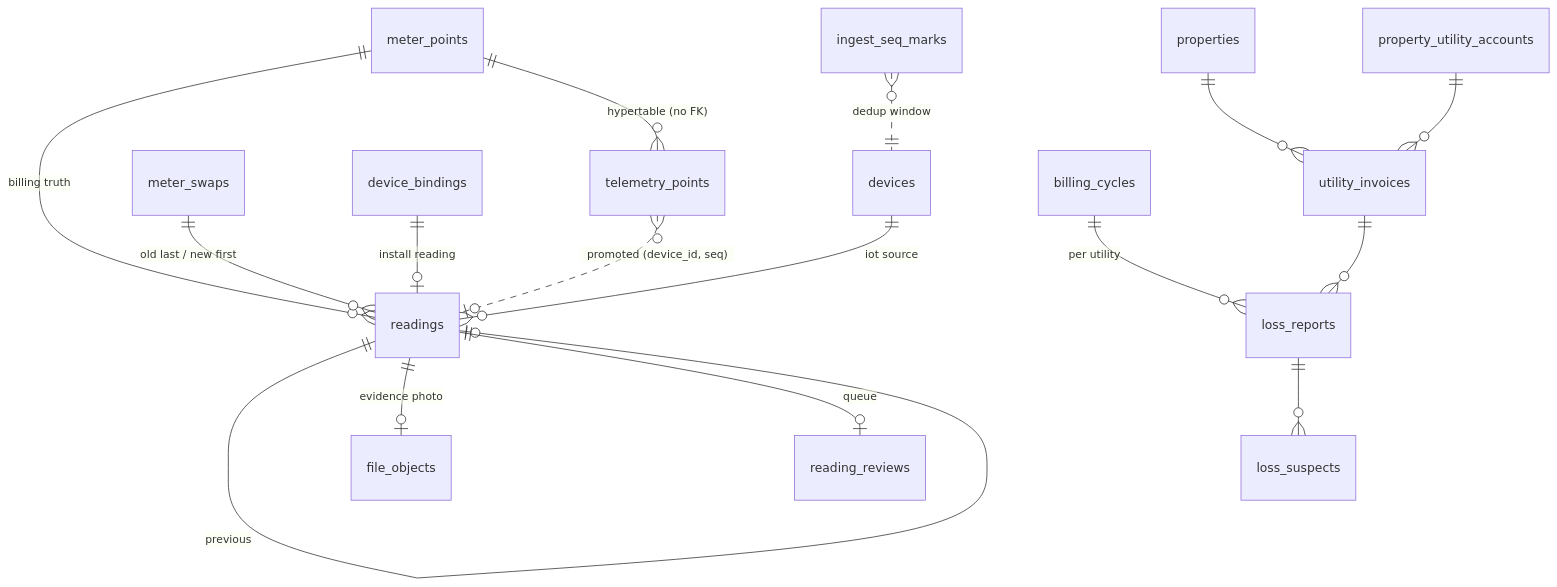
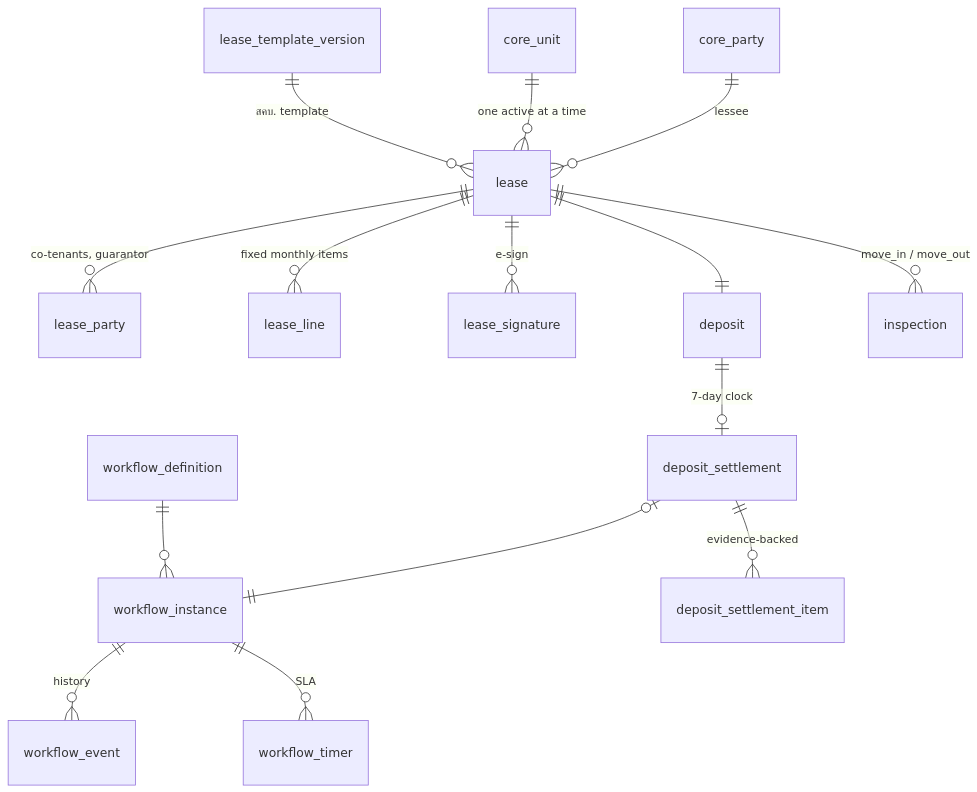
One commit to Collective-Group-Thailand/getproperty-api changed the seventh of 13 diagrams in docs/schema-design.md. Above: the diagram before and after it, drawn with Mermaid. The commit also changed other lines of this file, not shown here.

First line of the commit message:
docs(schema): schema design v2 — neutral asset core, six schemas, RLS (D-150–D-161)

````diff
--- a/docs/schema-design.md
+++ b/docs/schema-design.md
@@ -1142,18 +1200,17 @@
 ```mermaid
 erDiagram
-  meter_points ||--o{ readings : "billing truth"
-  devices ||--o{ readings : "iot source"
-  readings ||--o| readings : "previous"
-  readings ||--o| file_objects : "evidence photo"
-  readings ||--o| reading_reviews : "queue"
-  meter_swaps ||--o{ readings : "old last / new first"
-  device_bindings ||--o| readings : "install reading"
-  meter_points ||--o{ telemetry_points : "hypertable (no FK)"
-  telemetry_points }o..o| readings : "promoted (device_id, seq)"
-  ingest_seq_marks }o..|| devices : "dedup window"
-  properties ||--o{ utility_invoices : ""
-  property_utility_accounts ||--o{ utility_invoices : ""
-  billing_cycles ||--o{ loss_reports : "per utility"
-  utility_invoices ||--o{ loss_reports : ""
-  loss_reports ||--o{ loss_suspects : ""
+  workflow_definition ||--o{ workflow_instance : ""
+  workflow_instance ||--o{ workflow_event : "history"
+  workflow_instance ||--o{ workflow_timer : "SLA"
+  lease_template_version ||--o{ lease : "สคบ. template"
+  core_unit ||--o{ lease : "one active at a time"
+  core_party ||--o{ lease : "lessee"
+  lease ||--o{ lease_party : "co-tenants, guarantor"
+  lease ||--o{ lease_line : "fixed monthly items"
+  lease ||--o{ lease_signature : "e-sign"
+  lease ||--|| deposit : ""
+  deposit ||--o| deposit_settlement : "7-day clock"
+  deposit_settlement ||--o{ deposit_settlement_item : "evidence-backed"
+  deposit_settlement |o--|| workflow_instance : ""
+  lease ||--o{ inspection : "move_in / move_out"
 ```
````
